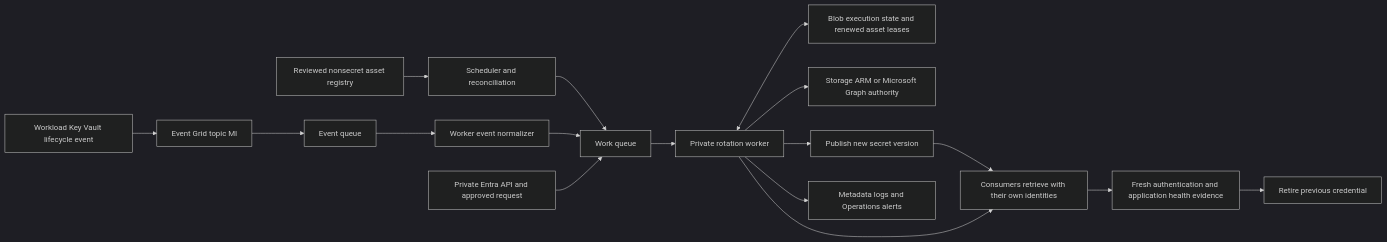
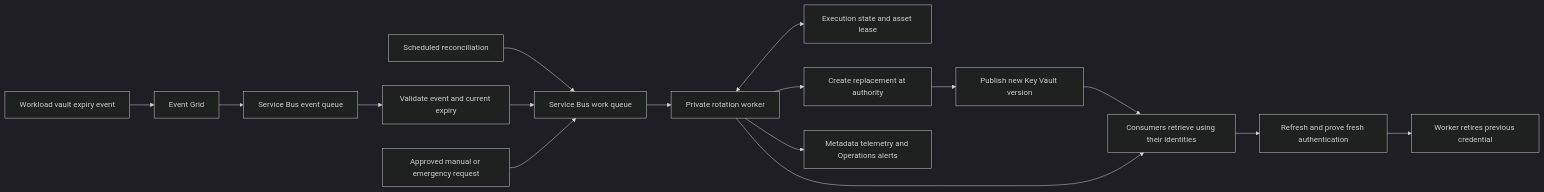
One commit to lyonga-pipeline/azure-apim-function-app changed the diagram in azure-terraform/alz-module-catalog/patterns/terraform-azurerm-compeer-secret-lifecycle/README.md. Above: the diagram before and after it, drawn with Mermaid (dark theme). The commit also changed other lines of this file, not shown here.

Commit message:
Refocus secrets lifecycle README on DevOps implementation and onboarding

````diff
--- a/azure-terraform/alz-module-catalog/patterns/terraform-azurerm-compeer-secret-lifecycle/README.md
+++ b/azure-terraform/alz-module-catalog/patterns/terraform-azurerm-compeer-secret-lifecycle/README.md
@@ -36,19 +15,18 @@
 ```mermaid
 flowchart LR
-  R[Reviewed nonsecret asset registry] --> S[Scheduler and reconciliation]
-  K[Workload Key Vault lifecycle event] --> E[Event Grid topic MI]
-  E --> EQ[Event queue]
-  EQ --> I[Worker event normalizer]
-  S --> Q[Work queue]
-  I --> Q
-  M[Private Entra API and approved request] --> Q
+  S[Scheduled reconciliation] --> Q[Service Bus work queue]
+  V[Workload vault expiry event] --> E[Event Grid]
+  E --> EQ[Service Bus event queue]
+  EQ --> N[Validate event and current expiry]
+  N --> Q
+  M[Approved manual or emergency request] --> Q
   Q --> W[Private rotation worker]
-  W <--> D[Blob execution state and renewed asset leases]
-  W --> A[Storage ARM or Microsoft Graph authority]
-  W --> V[Publish new secret version]
-  V --> C[Consumers retrieve with their own identities]
+  W <--> B[Execution state and asset lease]
+  W --> A[Create replacement at authority]
+  A --> K[Publish new Key Vault version]
+  K --> C[Consumers retrieve using their identities]
   W --> C
-  C --> H[Fresh authentication and application health evidence]
-  H --> X[Retire previous credential]
-  W --> O[Metadata logs and Operations alerts]
+  C --> H[Refresh and prove fresh authentication]
+  H --> R[Worker retires previous credential]
+  W --> O[Metadata telemetry and Operations alerts]
 ```
````
